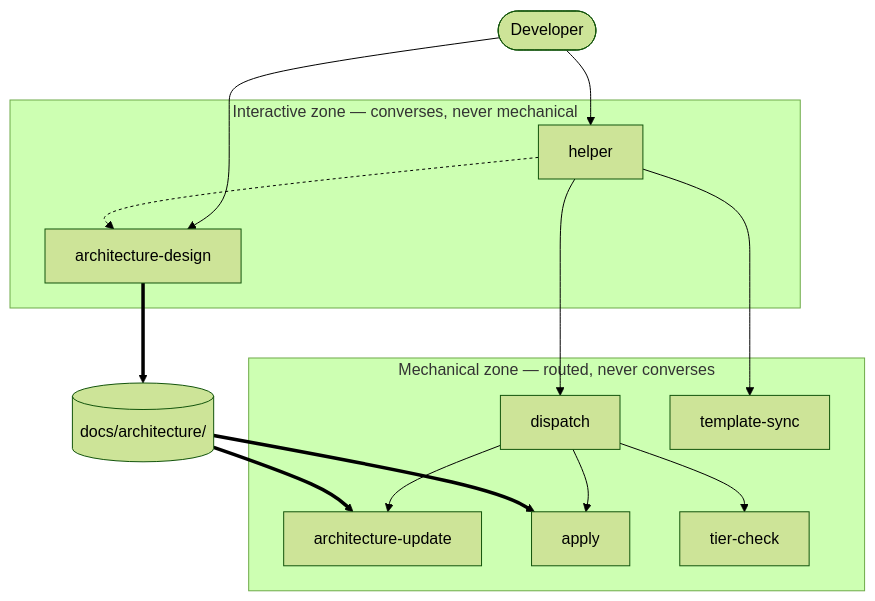
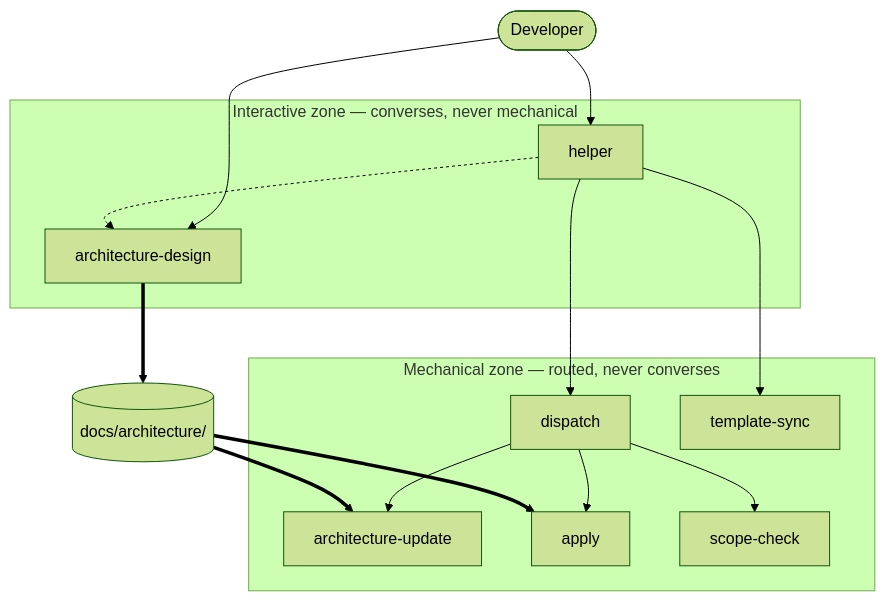
Before and after one commit to demaconsulting/Anneal: the diagram in docs/architecture/process.md, drawn with Mermaid (forest theme). The commit also changed other lines of this file and 26 other files, not shown here.

First line of the commit message:
S10 Part A: retire "Tier", rename Mode/Tier axis to Mode/Scope

````diff
--- a/docs/architecture/process.md
+++ b/docs/architecture/process.md
@@ -100,34 +100,34 @@
 ```mermaid
 flowchart TD
     User(["Developer"])
 
     subgraph Interactive["Interactive zone — converses, never mechanical"]
         Helper[helper]
         ArchDesign[architecture-design]
     end
 
     subgraph Mechanical["Mechanical zone — routed, never converses"]
         Dispatch[dispatch]
         ArchUpdate[architecture-update]
         Apply[apply]
-        TierCheck[tier-check]
+        ScopeCheck[scope-check]
         TemplateSync[template-sync]
     end
 
     Tree[("docs/architecture/")]
 
     User --> Helper
     User --> ArchDesign
     Helper --> Dispatch
     Helper --> TemplateSync
     Dispatch --> ArchUpdate
     Dispatch --> Apply
-    Dispatch --> TierCheck
+    Dispatch --> ScopeCheck
 
     Helper -.-> ArchDesign
     ArchDesign ==> Tree
     Tree ==> ArchUpdate
     Tree ==> Apply
 
     linkStyle 7 stroke-dasharray: 3 3
 ```
````
